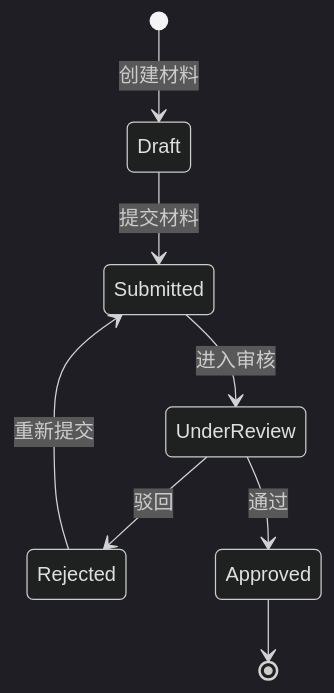
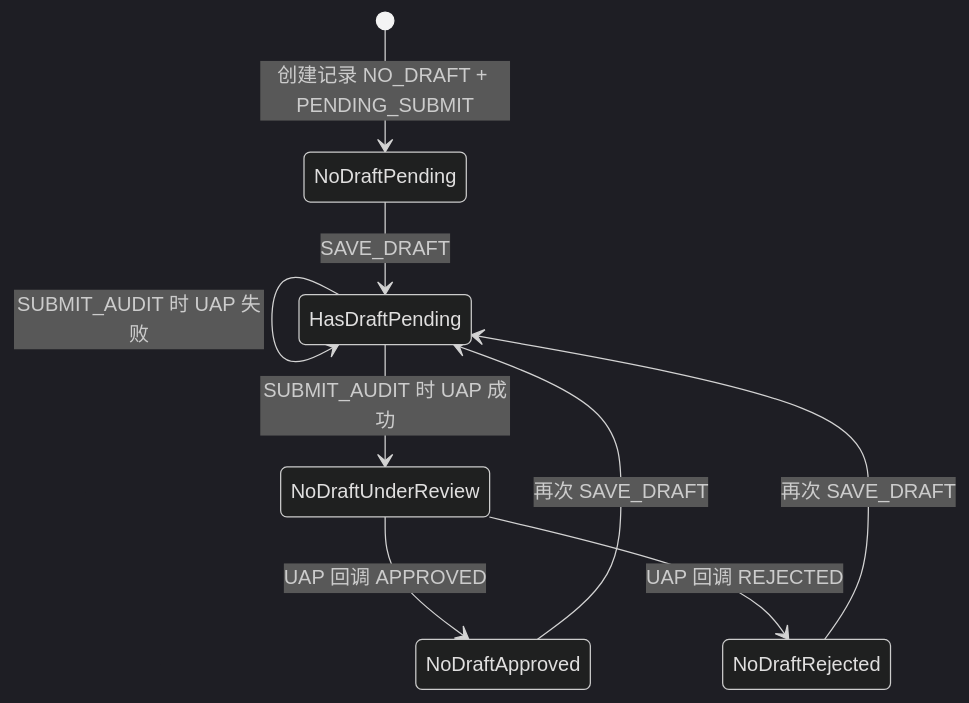
One commit to cyrill-rrr/rank changed the fourth of 4 diagrams in Knowledgebase/domains/material/README.md. Above: the diagram before and after it, drawn with Mermaid (dark theme). The commit also changed other lines of this file and 1 other file, not shown here.

````diff
--- a/Knowledgebase/domains/material/README.md
+++ b/Knowledgebase/domains/material/README.md
@@ -65,10 +212,11 @@
 ```mermaid
 stateDiagram-v2
-  [*] --> Draft: 创建材料
-  Draft --> Submitted: 提交材料
-  Submitted --> UnderReview: 进入审核
-  UnderReview --> Rejected: 驳回
-  UnderReview --> Approved: 通过
-  Rejected --> Submitted: 重新提交
-  Approved --> [*]
+  [*] --> NoDraftPending: 创建记录 NO_DRAFT + PENDING_SUBMIT
+  NoDraftPending --> HasDraftPending: SAVE_DRAFT
+  HasDraftPending --> HasDraftPending: SUBMIT_AUDIT 时 UAP 失败
+  HasDraftPending --> NoDraftUnderReview: SUBMIT_AUDIT 时 UAP 成功
+  NoDraftUnderReview --> NoDraftApproved: UAP 回调 APPROVED
+  NoDraftUnderReview --> NoDraftRejected: UAP 回调 REJECTED
+  NoDraftApproved --> HasDraftPending: 再次 SAVE_DRAFT
+  NoDraftRejected --> HasDraftPending: 再次 SAVE_DRAFT
 ```
````
